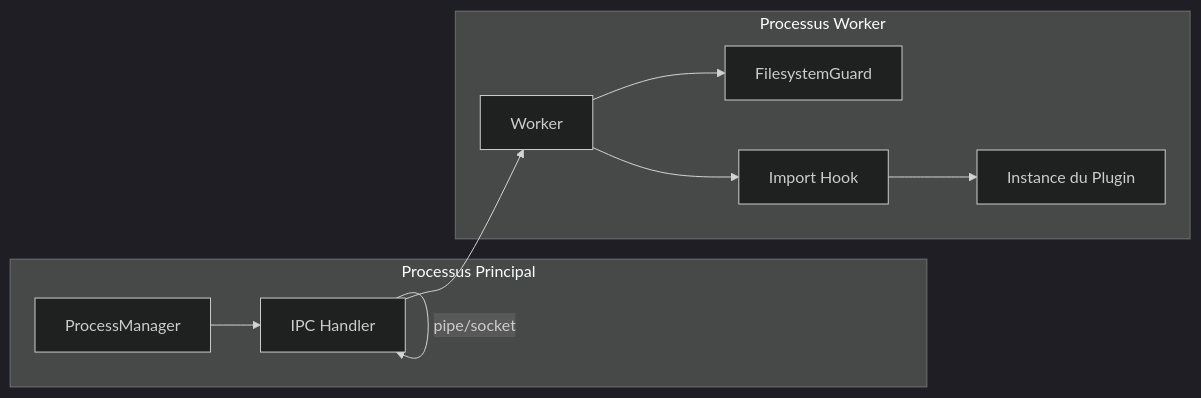
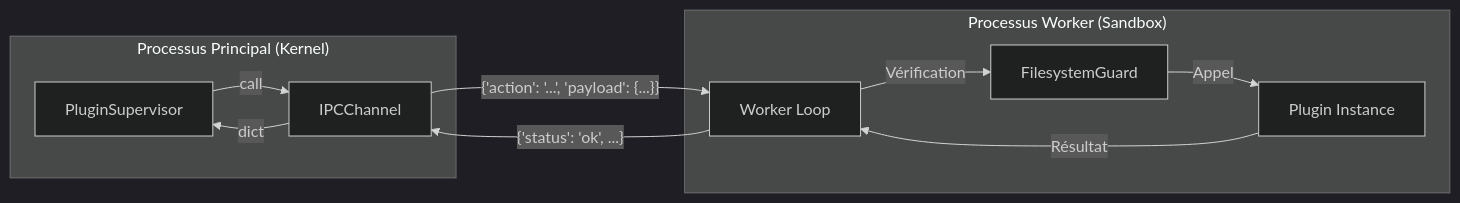
Before and after one commit to traoreera/xcore: the fourth of 6 diagrams in doc/architecture/overview.md, drawn with Mermaid (dark theme). The commit also changed other lines of this file and 9 other files, not shown here.

````diff
--- a/doc/architecture/overview.md
+++ b/doc/architecture/overview.md
@@ -212,21 +233,21 @@
 ```mermaid
 flowchart LR
-    subgraph Main["Processus Principal"]
-        PM[ProcessManager]
-        IPC_H[IPC Handler]
+    subgraph Main["Processus Principal (Kernel)"]
+        PS[PluginSupervisor]
+        IPC_C[IPCChannel]
     end
 
-    subgraph Worker["Processus Worker"]
-        W[Worker]
+    subgraph Worker["Processus Worker (Sandbox)"]
+        W[Worker Loop]
+        P[Plugin Instance]
         Guard[FilesystemGuard]
-        Hook[Import Hook]
-        P[Instance du Plugin]
     end
 
-    PM --> IPC_H
-    IPC_H -->|pipe/socket| IPC_H
-    IPC_H --> W
-    W --> Guard
-    W --> Hook
-    Hook --> P
+    PS -->|call| IPC_C
+    IPC_C -->|"{'action': '...', 'payload': {...}}\n"| W
+    W -->|Vérification| Guard
+    Guard -->|Appel| P
+    P -->|Résultat| W
+    W -->|"{'status': 'ok', ...}\n"| IPC_C
+    IPC_C -->|dict| PS
 ```
````
